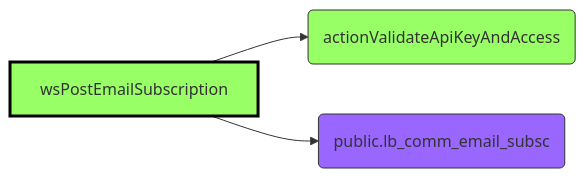
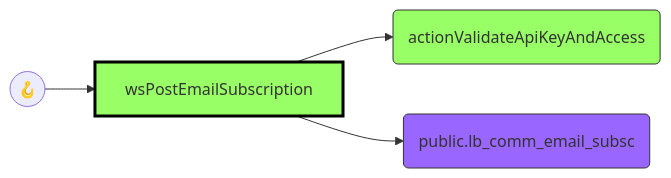
One commit to joze-liburn/uibakery changed diagram 22 of 31 in automations.md. Above: the diagram before and after it, drawn with Mermaid. The commit also changed other lines of this file and 3 other files, not shown here.

Commit message:
Added calls between automations and actions so that each pair appears twice. Two missing web services. Added overall call graph. Fixed internal symbol names.

````diff
--- a/automations.md
+++ b/automations.md
@@ -655,14 +661,15 @@
 ```mermaid
 graph LR
   classDef this fill:#9f6,stroke:#000,stroke-width:3;
   classDef automation fill:#9f6,stroke:#333;
   classDef action fill:#f96,stroke:#333;
   classDef database fill:#96f,stroke:#333;
 
+  wh((🪝)) --> aut28[wsPostEmailSubscription]
   aut28[wsPostEmailSubscription] --> aut29(actionValidateApiKeyAndAccess)
   aut28[wsPostEmailSubscription] --> db01(public.lb_comm_email_subsc)
 
   class aut28 this
   class aut29 automation
   class db01 database
 ```
````
